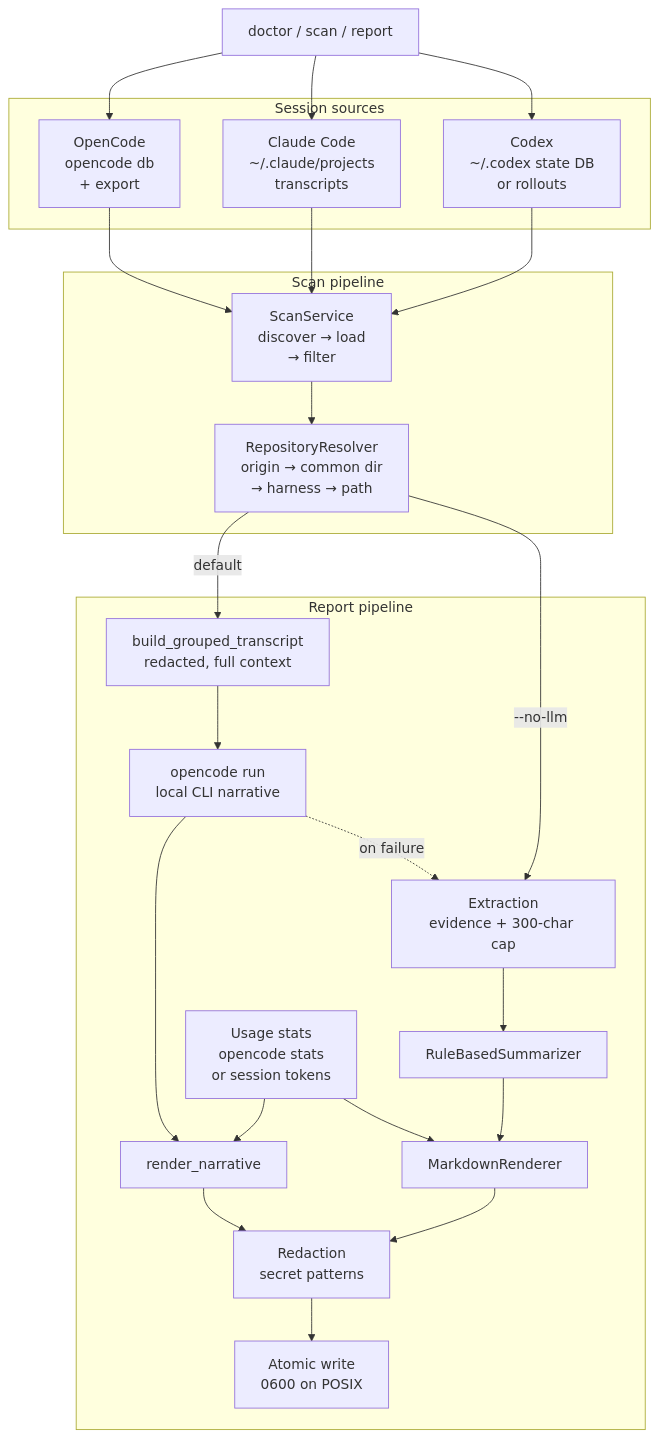
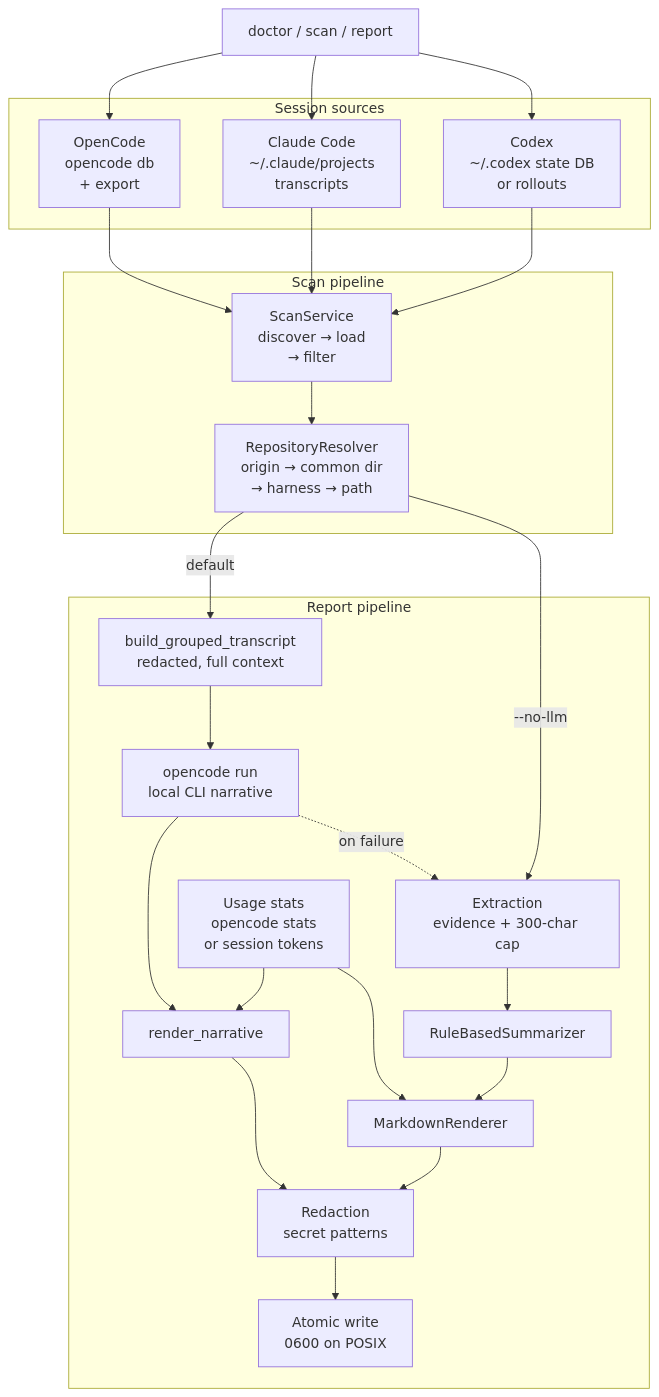
One commit to mike840609/agent-worklog changed the diagram in docs/assets/architecture.mmd. Above: the diagram before and after it, drawn with Mermaid. The commit also changed 2 other files, not shown here.

Commit message:
docs: compact architecture diagram layout
Pin the parallel render chains to the same ranks with invisible tie
edges and tighten flowchart spacing, shrinking the diagram from
1141px to 1071px tall and removing the dead vertical gaps that made
the branch merge hard to follow.

```diff
--- a/docs/assets/architecture.mmd
+++ b/docs/assets/architecture.mmd
@@ -1,48 +1,51 @@
 %% Source for architecture.svg. After editing, regenerate with:
 %%   docs/assets/render-architecture.sh
-%% Spacing is tuned in mermaid.json to hold the rendered height down without
-%% shrinking the text. Keep every comment line non-empty: a bare "%%" line
-%% swallows the newline and breaks the parser.
+%% Keep every comment line non-empty: a bare "%%" line swallows the newline
+%% and breaks the parser. The "~~~" tie edges only pin the two parallel render
+%% chains to the same ranks; they draw nothing. Don't remove them without
+%% re-rendering and eyeballing, or the layout snaps back to a tall zig-zag.
 flowchart TD
     subgraph Sources["Session sources"]
         OC["OpenCode<br/>opencode db<br/>+ export"]
         CC["Claude Code<br/>~/.claude/projects<br/>transcripts"]
         CX["Codex<br/>~/.codex state DB<br/>or rollouts"]
     end
 
     subgraph Pipeline["Scan pipeline"]
         SC["ScanService<br/>discover → load<br/>→ filter"]
         RV["RepositoryResolver<br/>origin → common dir<br/>→ harness → path"]
     end
 
     subgraph Report["Report pipeline"]
         TR["build_grouped_transcript<br/>redacted, full context"]
         RUN["opencode run<br/>local CLI narrative"]
         RN["render_narrative"]
         EX["Extraction<br/>evidence + 300-char cap"]
         RB["RuleBasedSummarizer"]
         MR["MarkdownRenderer"]
         US["Usage stats<br/>opencode stats<br/>or session tokens"]
         RD["Redaction<br/>secret patterns"]
         WR["Atomic write<br/>0600 on POSIX"]
     end
 
-    CLI["doctor / scan / report"] --> OC
-    CLI --> CC
-    CLI --> CX
+    CL["doctor / scan / report"] --> OC
+    CL --> CC
+    CL --> CX
     OC --> SC
     CC --> SC
     CX --> SC
     SC --> RV
     RV -->|"default"| TR
-    RV -->|"--no-llm"| EX
     TR --> RUN
     RUN --> RN
     RUN -.->|"on failure"| EX
+    RV -->|"--no-llm"| EX
     EX --> RB
     RB --> MR
+    RN ~~~ MR
+    US ~~~ RN
     US --> RN
     US --> MR
     RN --> RD
     MR --> RD
     RD --> WR
```
